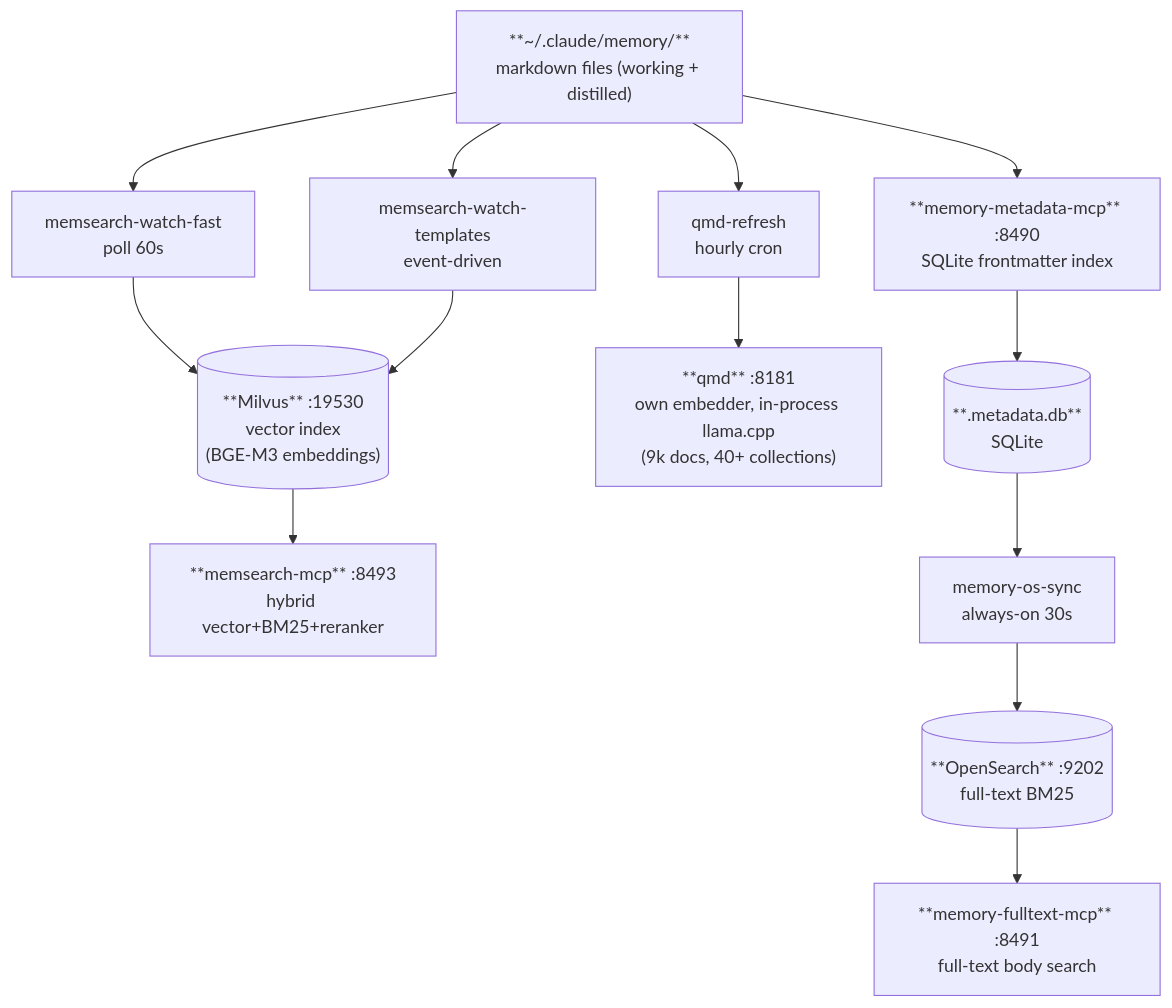
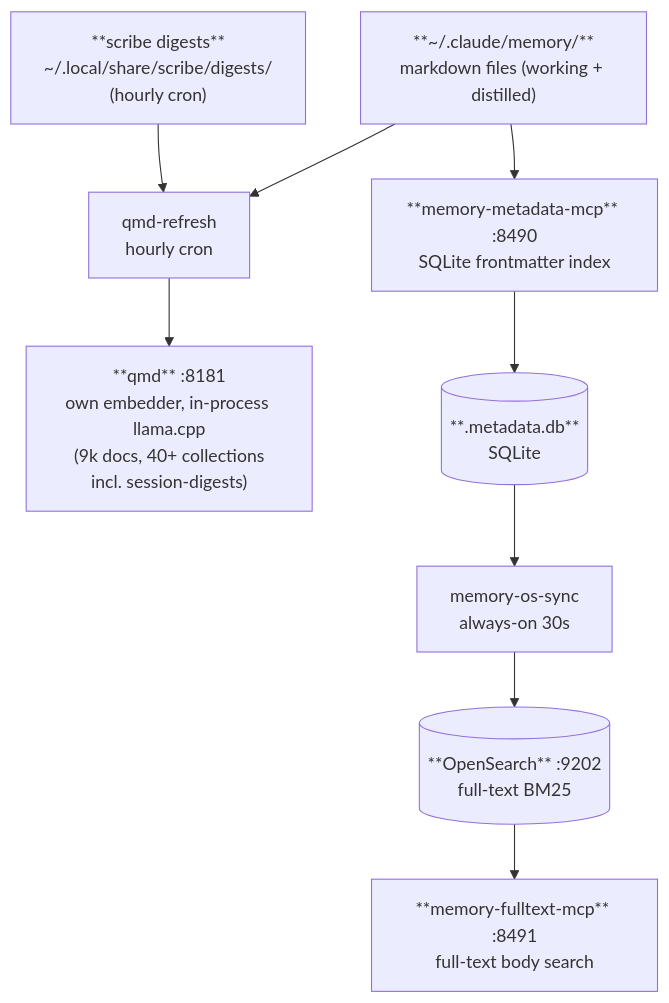
Before and after one commit to TadMSTR/homelab-agent: the second of 4 diagrams in docs/components/memory/memory-architecture.md, drawn with Mermaid. The commit also changed other lines of this file and 11 other files, not shown here.

First line of the commit message:
docs(memory): retirement sweep for memsearch/Milvus (retired 2026-09-17)

````diff
--- a/docs/components/memory/memory-architecture.md
+++ b/docs/components/memory/memory-architecture.md
@@ -43,19 +48,15 @@
 ```mermaid
 flowchart TD
     notes["**~/.claude/memory/**\nmarkdown files (working + distilled)"]
-
-    notes --> mw_fast["memsearch-watch-fast\npoll 60s"]
-    notes --> mw_tmpl["memsearch-watch-templates\nevent-driven"]
-    mw_fast --> milvus[("**Milvus** :19530\nvector index\n(BGE-M3 embeddings)")]
-    mw_tmpl --> milvus
-    milvus --> mm["**memsearch-mcp** :8493\nhybrid vector+BM25+reranker"]
+    digests["**scribe digests**\n~/.local/share/scribe/digests/\n(hourly cron)"]
 
     notes --> qr["qmd-refresh\nhourly cron"]
-    qr --> qmd_svc["**qmd** :8181\nown embedder, in-process llama.cpp\n(9k docs, 40+ collections)"]
+    digests --> qr
+    qr --> qmd_svc["**qmd** :8181\nown embedder, in-process llama.cpp\n(9k docs, 40+ collections\nincl. session-digests)"]
 
     notes --> meta["**memory-metadata-mcp** :8490\nSQLite frontmatter index"]
     meta --> sqlite[("**.metadata.db**\nSQLite")]
     sqlite --> os_sync["memory-os-sync\nalways-on 30s"]
     os_sync --> opensearch[("**OpenSearch** :9202\nfull-text BM25")]
     opensearch --> search["**memory-fulltext-mcp** :8491\nfull-text body search"]
 ```
````
